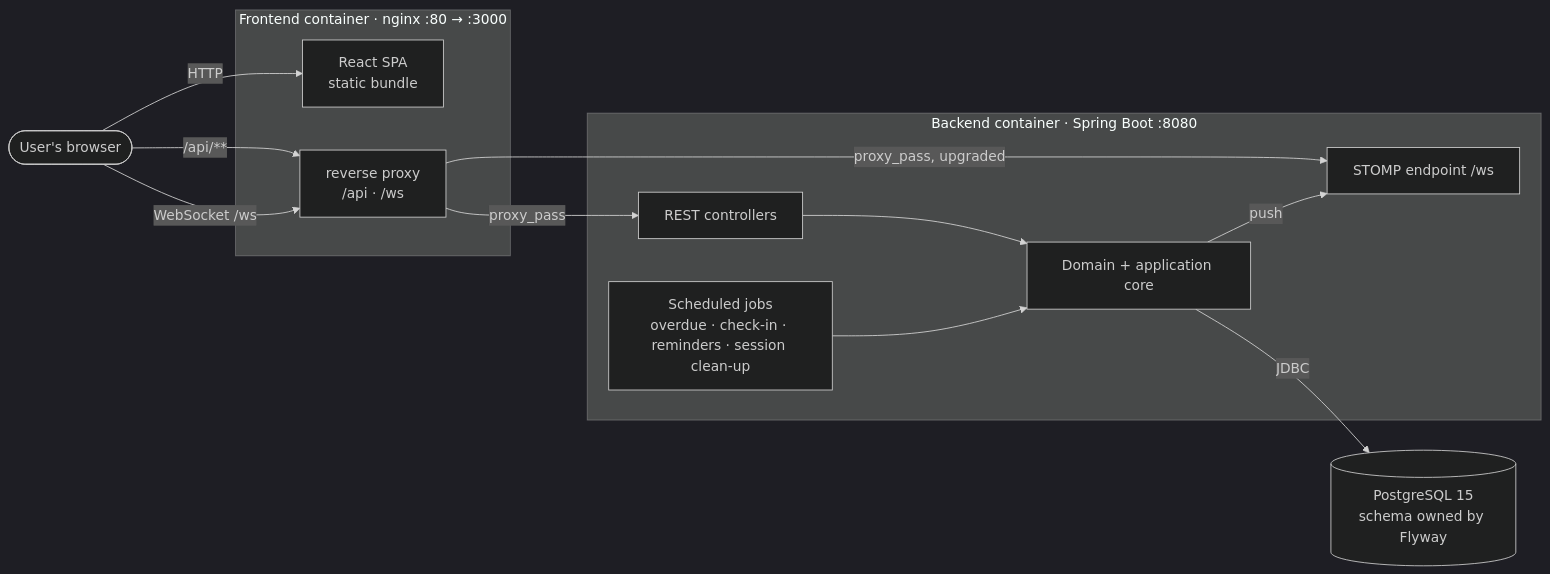
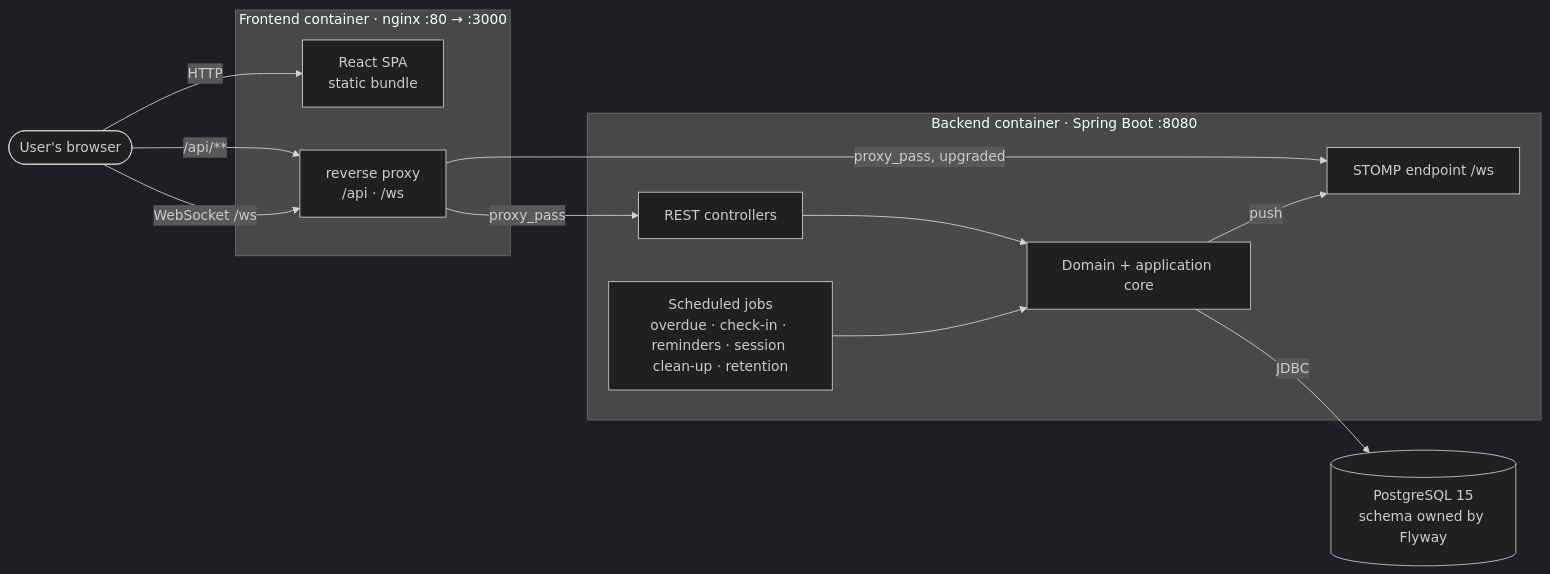
One commit to NaimElijah/UpHealther changed the first of 7 diagrams in docs/architecture/arch-diagrams/README.md. Above: the diagram before and after it, drawn with Mermaid (dark theme). The commit also changed 19 other files, not shown here.

````diff
--- a/docs/architecture/arch-diagrams/README.md
+++ b/docs/architecture/arch-diagrams/README.md
@@ -25,28 +25,28 @@
 ```mermaid
 flowchart LR
     user(["User's browser"])
 
     subgraph frontend["Frontend container · nginx :80 → :3000"]
         spa["React SPA<br/>static bundle"]
         proxy["reverse proxy<br/>/api · /ws"]
     end
 
     subgraph backend["Backend container · Spring Boot :8080"]
         rest["REST controllers"]
         stomp["STOMP endpoint /ws"]
-        jobs["Scheduled jobs<br/>overdue · check-in · reminders · session clean-up"]
+        jobs["Scheduled jobs<br/>overdue · check-in · reminders · session clean-up · retention"]
         core["Domain + application core"]
     end
 
     db[("PostgreSQL 15<br/>schema owned by Flyway")]
 
     user -->|"HTTP"| spa
     user -->|"/api/**"| proxy
     user -->|"WebSocket /ws"| proxy
     proxy -->|"proxy_pass"| rest
     proxy -->|"proxy_pass, upgraded"| stomp
     rest --> core
     jobs --> core
     core -->|"push"| stomp
     core -->|"JDBC"| db
 ```
````
